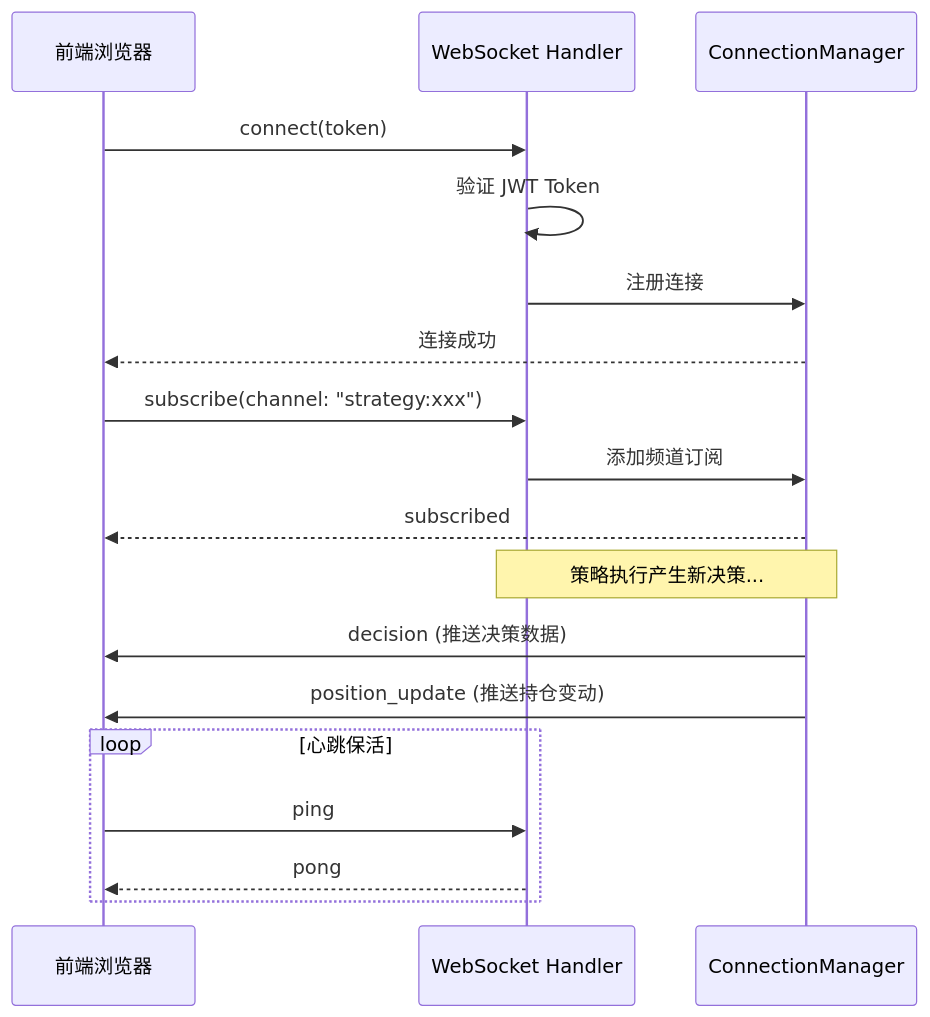
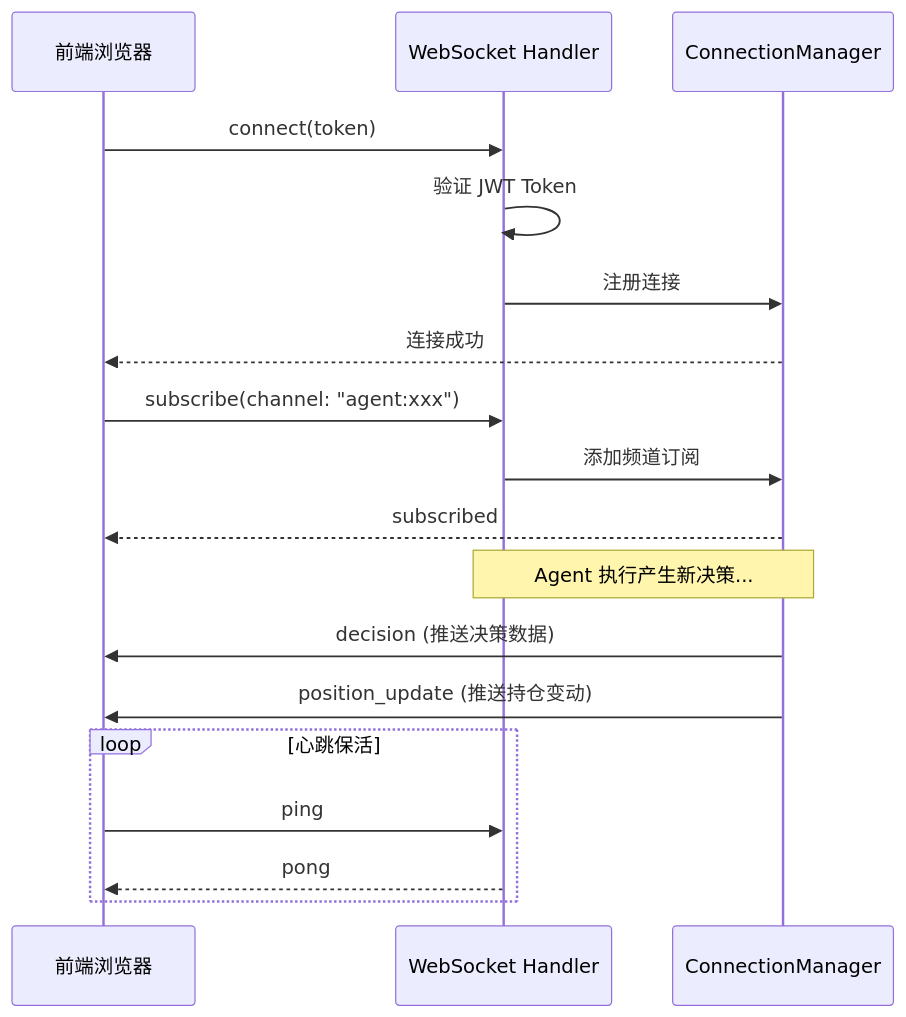
The fourth of 4 diagrams in docs/architecture.md (xBitRun/BitRun), drawn with Mermaid before and after one commit. The commit also changed other lines of this file and 6 other files, not shown here.

````diff
--- a/docs/architecture.md
+++ b/docs/architecture.md
@@ -222,24 +369,24 @@
 ```mermaid
 sequenceDiagram
     participant Client as 前端浏览器
     participant WS as WebSocket Handler
     participant CM as ConnectionManager
 
     Client->>WS: connect(token)
     WS->>WS: 验证 JWT Token
     WS->>CM: 注册连接
     CM-->>Client: 连接成功
 
-    Client->>WS: subscribe(channel: "strategy:xxx")
+    Client->>WS: subscribe(channel: "agent:xxx")
     WS->>CM: 添加频道订阅
     CM-->>Client: subscribed
 
-    Note over WS,CM: 策略执行产生新决策...
+    Note over WS,CM: Agent 执行产生新决策...
     CM->>Client: decision (推送决策数据)
     CM->>Client: position_update (推送持仓变动)
 
     loop 心跳保活
         Client->>WS: ping
         WS-->>Client: pong
     end
 ```
````
